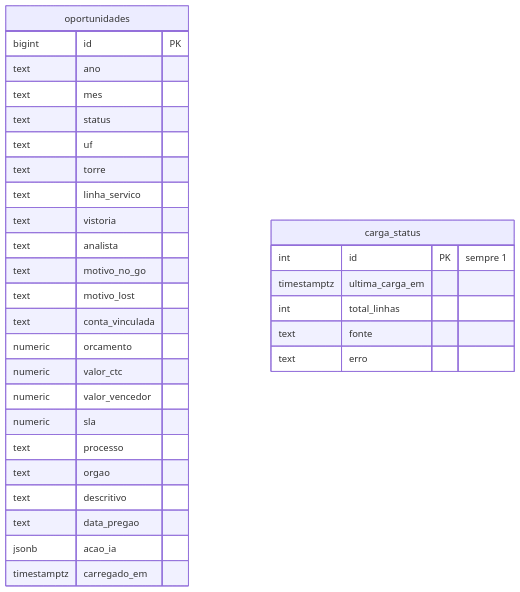
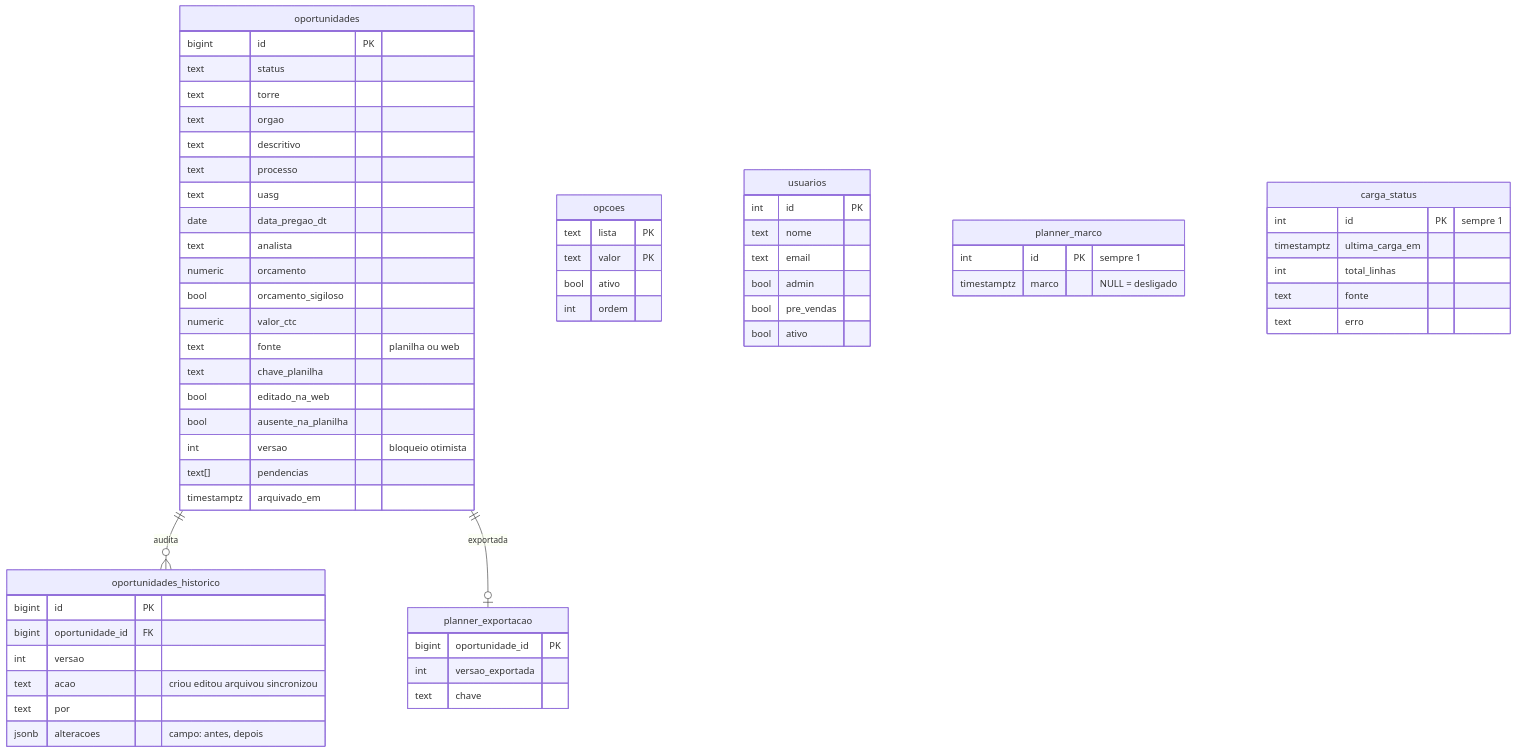
One commit to agentanalisedegoverno-svg/dashboard-metrics-team changed the seventh of 7 diagrams in docs/ARQUITETURA.md. Above: the diagram before and after it, drawn with Mermaid. The commit also changed other lines of this file and 12 other files, not shown here.

First line of the commit message:
docs: arquitetura, operação, integração Planner, backup e roadmap atualizados; planner-auto versionado

````diff
--- a/docs/ARQUITETURA.md
+++ b/docs/ARQUITETURA.md
@@ -153,34 +199,64 @@
 ```mermaid
 erDiagram
+  oportunidades ||--o{ oportunidades_historico : "audita"
+  oportunidades ||--o| planner_exportacao : "exportada"
   oportunidades {
     bigint id PK
-    text ano
-    text mes
     text status
-    text uf
     text torre
-    text linha_servico
-    text vistoria
-    text analista
-    text motivo_no_go
-    text motivo_lost
-    text conta_vinculada
-    numeric orcamento
-    numeric valor_ctc
-    numeric valor_vencedor
-    numeric sla
-    text processo
     text orgao
     text descritivo
-    text data_pregao
-    jsonb acao_ia
-    timestamptz carregado_em
+    text processo
+    text uasg
+    date data_pregao_dt
+    text analista
+    numeric orcamento
+    bool orcamento_sigiloso
+    numeric valor_ctc
+    text fonte "planilha ou web"
+    text chave_planilha
+    bool editado_na_web
+    bool ausente_na_planilha
+    int versao "bloqueio otimista"
+    text[] pendencias
+    timestamptz arquivado_em
+  }
+  oportunidades_historico {
+    bigint id PK
+    bigint oportunidade_id FK
+    int versao
+    text acao "criou editou arquivou sincronizou"
+    text por
+    jsonb alteracoes "campo: antes, depois"
+  }
+  opcoes {
+    text lista PK
+    text valor PK
+    bool ativo
+    int ordem
+  }
+  usuarios {
+    int id PK
+    text nome
+    text email
+    bool admin
+    bool pre_vendas
+    bool ativo
+  }
+  planner_marco {
+    int id PK "sempre 1"
+    timestamptz marco "NULL = desligado"
+  }
+  planner_exportacao {
+    bigint oportunidade_id PK
+    int versao_exportada
+    text chave
   }
   carga_status {
     int id PK "sempre 1"
     timestamptz ultima_carga_em
     int total_linhas
     text fonte
     text erro
   }
 ```
````
